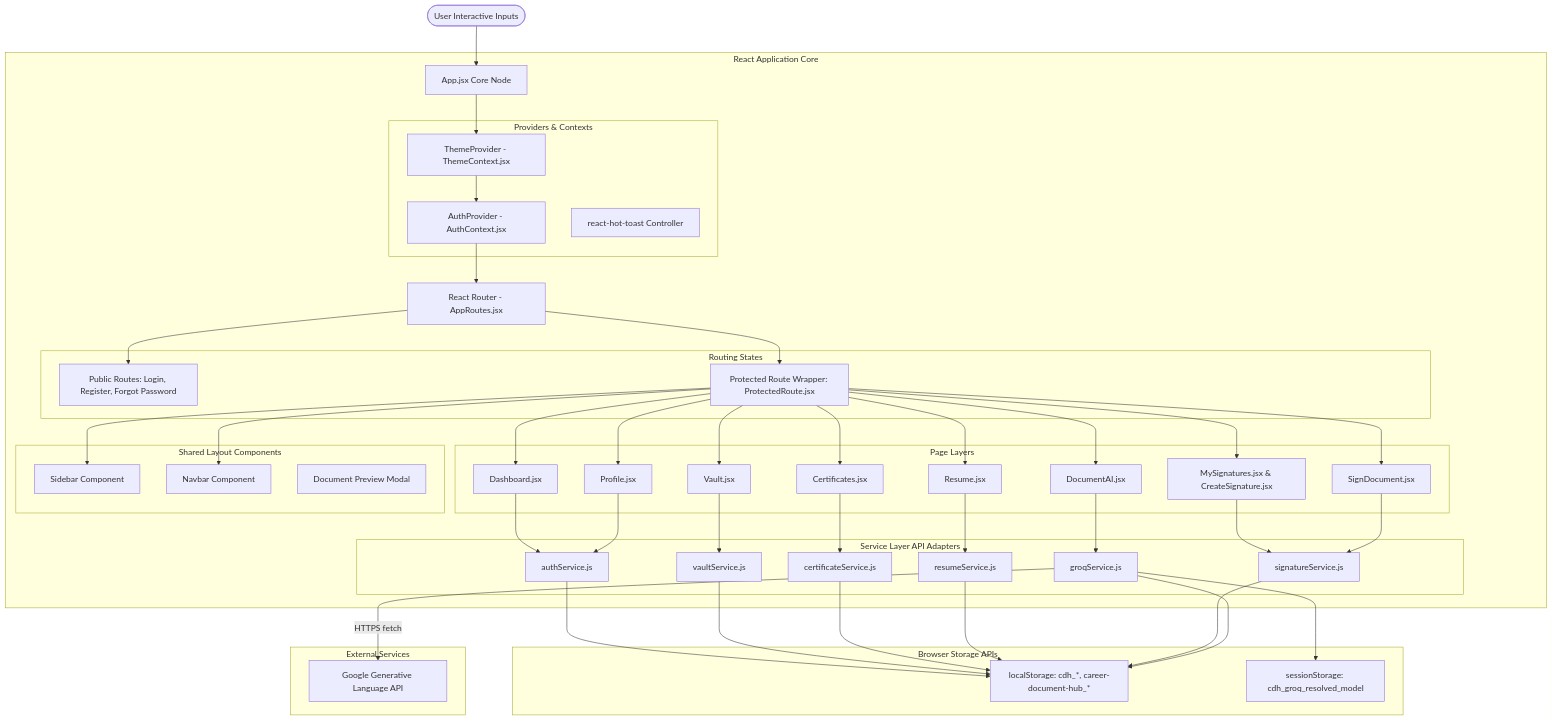
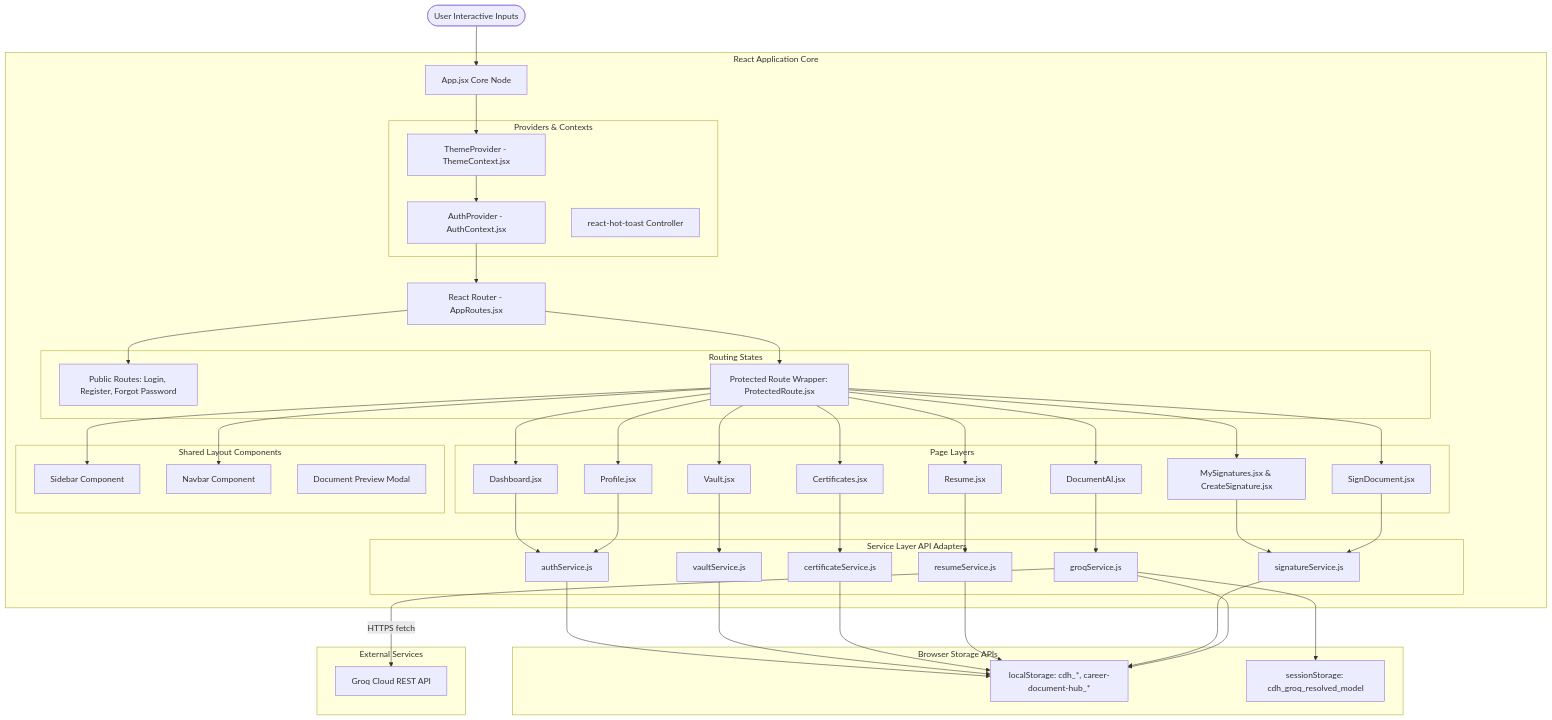
The first of 13 diagrams in Frontend-Technical-Design.md (silent-knight-22/career-document-hub), drawn with Mermaid before and after one commit. The commit also changed other lines of this file and 2 other files, not shown here.

```diff
--- a/Frontend-Technical-Design.md
+++ b/Frontend-Technical-Design.md
@@ -75,7 +75,7 @@
     end
     
     subgraph External Services
-        GroqAPI[Google Generative Language API]
+        GroqAPI[Groq Cloud REST API]
     end
 
     User --> App
```
